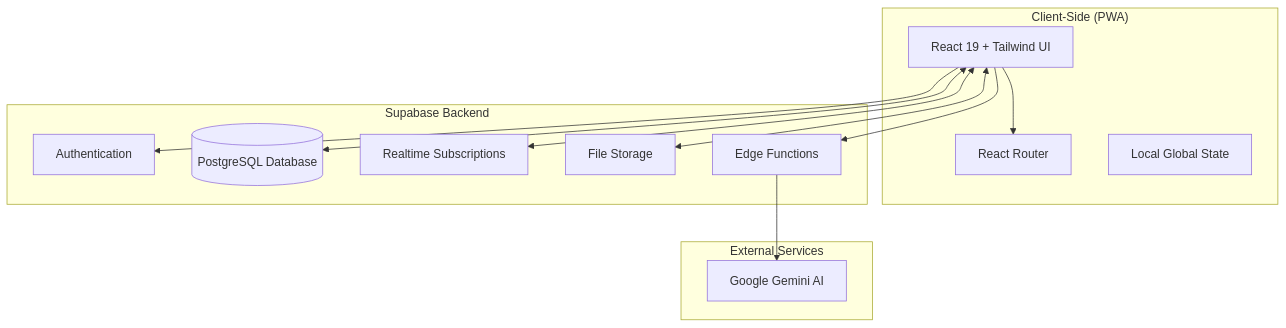
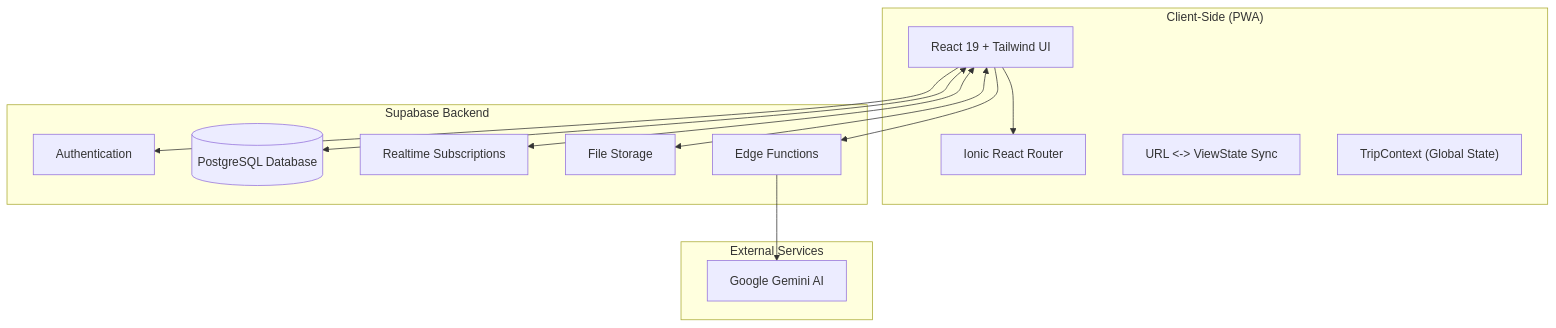
The diagram in PRODUCT_OVERVIEW.md (dromerosalem/NomadSync), drawn with Mermaid before and after one commit. The commit also changed other lines of this file and 5 other files, not shown here.

Commit message:
Style: Refine Dashboard UI elements, refactor Timeline card styling with dedicated classes, and remove obsolete iOS CSS.

````diff
--- a/PRODUCT_OVERVIEW.md
+++ b/PRODUCT_OVERVIEW.md
@@ -8,28 +8,29 @@
 ```mermaid
 graph TD
     subgraph Client ["Client-Side (PWA)"]
         UI["React 19 + Tailwind UI"]
-        Router["React Router"]
-        State["Local Global State"]
+        Router["Ionic React Router"]
+        Sync["URL <-> ViewState Sync"]
+        State["TripContext (Global State)"]
     end
 
     subgraph Backend ["Supabase Backend"]
         Auth[Authentication]
         DB[("PostgreSQL Database")]
         Realtime["Realtime Subscriptions"]
         Storage["File Storage"]
         Edge["Edge Functions"]
     end
 
     subgraph External ["External Services"]
         Gemini["Google Gemini AI"]
     end
 
     UI --> Auth
     UI --> Router
     UI <--> Realtime
     UI <--> DB
     UI <--> Storage
     UI --> Edge
     Edge --> Gemini
 ```
````
